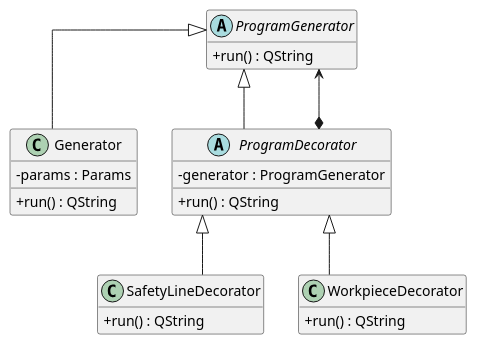
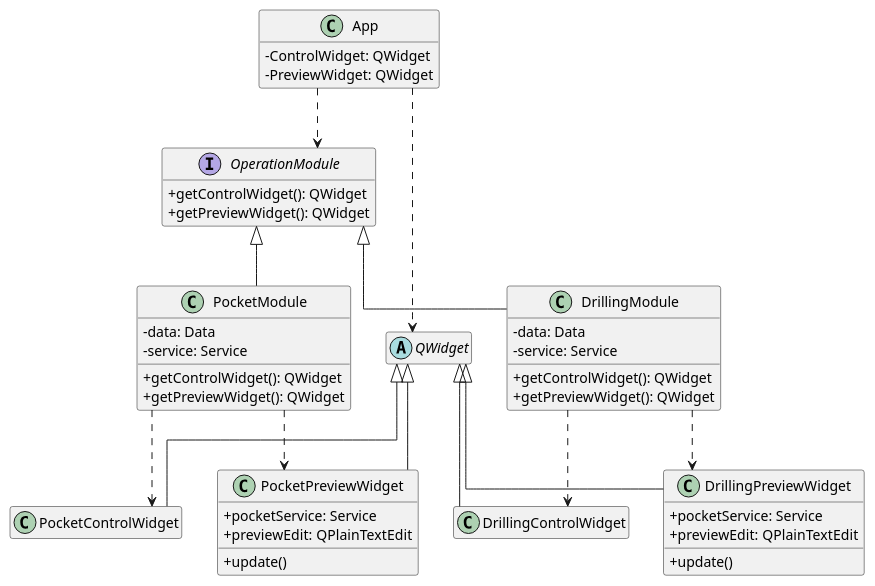
Before and after one commit to pharci/CNCPatterns: the diagram in diagram.puml, drawn with PlantUML. The commit also changed 11 other files, not shown here.

Commit message:
feat: add abstract factory for operation modules

```diff
--- a/diagram.puml
+++ b/diagram.puml
@@ -1,41 +1,68 @@
 @startuml
 top to bottom direction
 skinparam linetype ortho
 skinparam classAttributeIconSize 0
 hide empty members
 
-abstract class ProgramGenerator {
-    +run() : QString
+interface OperationModule {
+    +getControlWidget(): QWidget
+    +getPreviewWidget(): QWidget
 }
 
-class Generator {
-    -params : Params
-    +run() : QString
+class PocketModule {
+    -data: Data
+    -service: Service
+    +getControlWidget(): QWidget
+    +getPreviewWidget(): QWidget
 }
 
-abstract class ProgramDecorator {
-    -generator : ProgramGenerator
-    +run() : QString
+class DrillingModule {
+    -data: Data
+    -service: Service
+    +getControlWidget(): QWidget
+    +getPreviewWidget(): QWidget
 }
 
-class SafetyLineDecorator {
-    +run() : QString
+class App {
+    -ControlWidget: QWidget
+    -PreviewWidget: QWidget
 }
 
-class WorkpieceDecorator {
-    +run() : QString
+abstract class QWidget {
 }
 
-ProgramGenerator <|-- Generator
-ProgramGenerator <|-- ProgramDecorator
+class PocketPreviewWidget {
+    +pocketService: Service
+    +previewEdit: QPlainTextEdit
+    +update()
+}
 
-ProgramDecorator *--> ProgramGenerator
+class DrillingPreviewWidget {
+    +pocketService: Service
+    +previewEdit: QPlainTextEdit
+    +update()
+}
 
-ProgramDecorator <|-- SafetyLineDecorator
-ProgramDecorator <|-- WorkpieceDecorator
+class PocketControlWidget {
+}
 
-ProgramGenerator -[hidden]down- Generator
-ProgramGenerator -[hidden]down- ProgramDecorator
-ProgramDecorator -[hidden]down- SafetyLineDecorator
-ProgramDecorator -[hidden]down- WorkpieceDecorator
+class DrillingControlWidget {
+}
+
+OperationModule <|-- PocketModule
+OperationModule <|-- DrillingModule
+App ..> OperationModule
+
+QWidget <|-- PocketPreviewWidget
+QWidget <|-- PocketControlWidget
+QWidget <|-- DrillingPreviewWidget
+QWidget <|-- DrillingControlWidget
+
+App ..> QWidget
+
+PocketModule ..> PocketPreviewWidget
+PocketModule ..> PocketControlWidget
+DrillingModule ..> DrillingPreviewWidget
+DrillingModule ..> DrillingControlWidget
+
 @enduml
```
